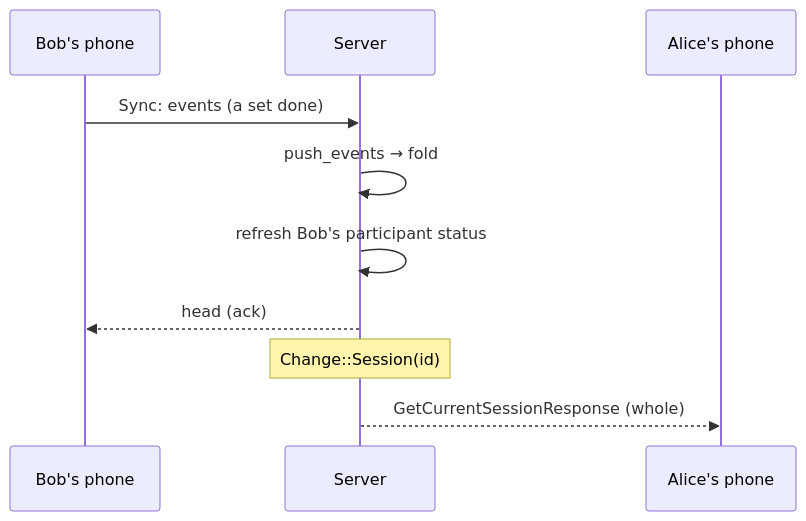
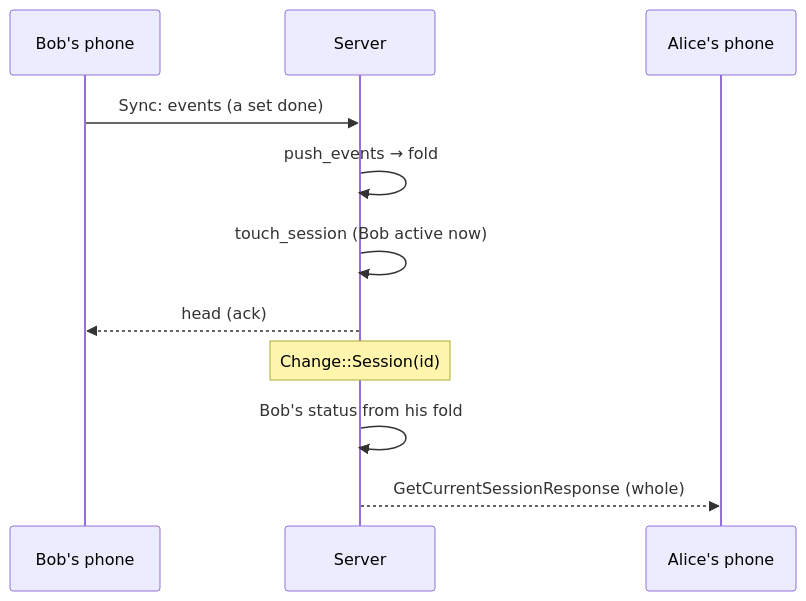
One commit to brensch/lift changed the fourth of 4 diagrams in docs/architecture/multiplayer.md. Above: the diagram before and after it, drawn with Mermaid. The commit also changed other lines of this file and 32 other files, not shown here.

````diff
--- a/docs/architecture/multiplayer.md
+++ b/docs/architecture/multiplayer.md
@@ -93,13 +98,14 @@
 ```mermaid
 sequenceDiagram
     participant B as Bob's phone
     participant S as Server
     participant A as Alice's phone
 
     B->>S: Sync: events (a set done)
     S->>S: push_events → fold
-    S->>S: refresh Bob's participant status
+    S->>S: touch_session (Bob active now)
     S-->>B: head (ack)
     Note over S: Change::Session(id)
+    S->>S: Bob's status from his fold
     S-->>A: GetCurrentSessionResponse (whole)
 ```
````
